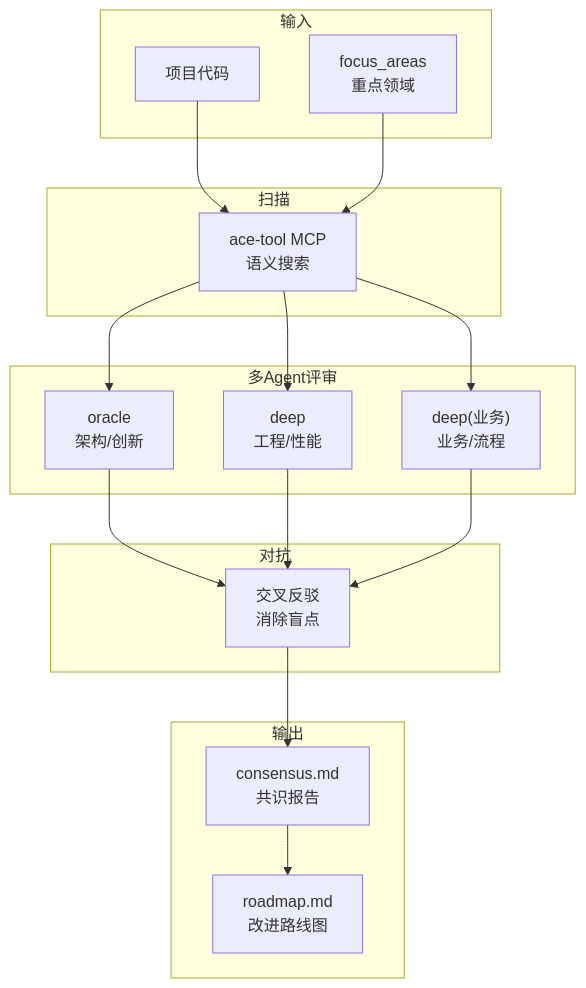
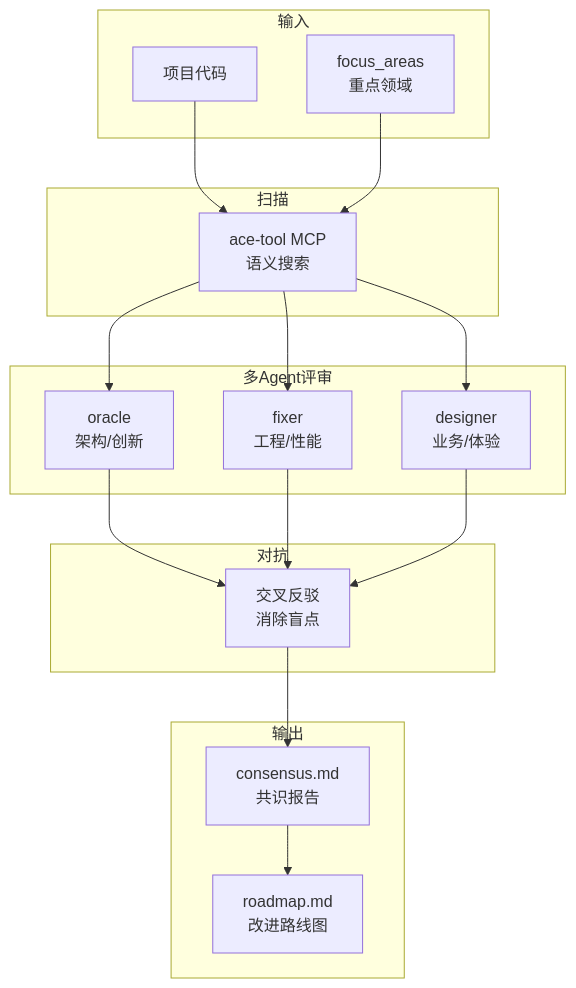
The diagram in review/CLAUDE.md (iwen-conf/Skills), drawn with Mermaid before and after one commit. The commit also changed other lines of this file and 16 other files, not shown here.

````diff
--- a/review/CLAUDE.md
+++ b/review/CLAUDE.md
@@ -114,37 +114,37 @@
 ```mermaid
 graph TD
     subgraph 输入
         PROJ["项目代码"]
         FOCUS["focus_areas<br/>重点领域"]
     end
 
     subgraph 扫描
         ACE["ace-tool MCP<br/>语义搜索"]
     end
 
     subgraph 多Agent评审
         OR["oracle<br/>架构/创新"]
-        DP["deep<br/>工程/性能"]
-        MM["deep(业务)<br/>业务/流程"]
+        DP["fixer<br/>工程/性能"]
+        MM["designer<br/>业务/体验"]
     end
 
     subgraph 对抗
         CRIT["交叉反驳<br/>消除盲点"]
     end
 
     subgraph 输出
         CONS["consensus.md<br/>共识报告"]
         ROAD["roadmap.md<br/>改进路线图"]
     end
 
     PROJ --> ACE
     FOCUS --> ACE
     ACE --> OR
     ACE --> DP
     ACE --> MM
     OR --> CRIT
     DP --> CRIT
     MM --> CRIT
     CRIT --> CONS
     CONS --> ROAD
 ```
````
